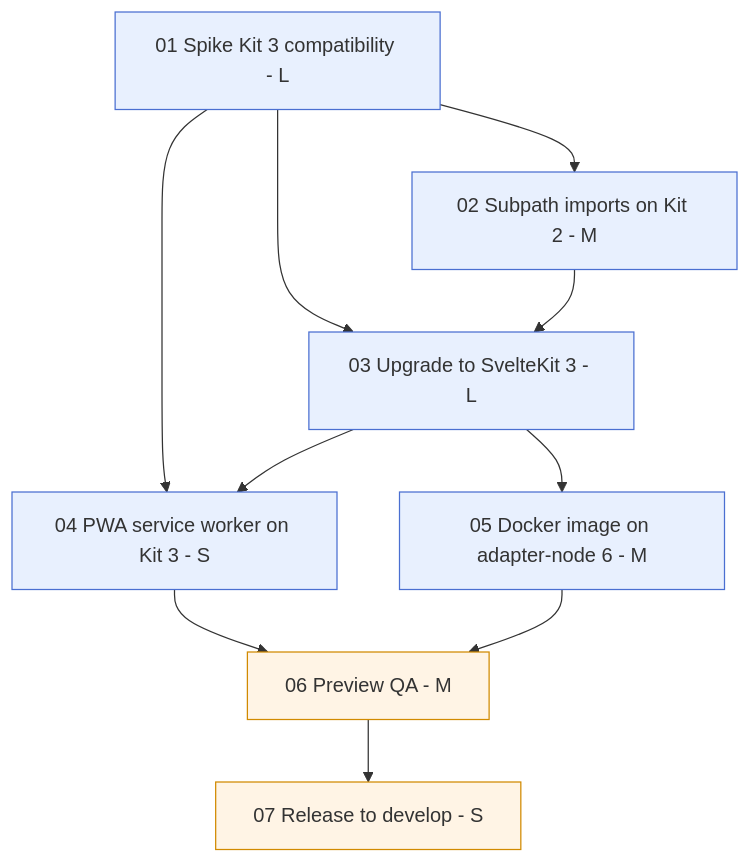
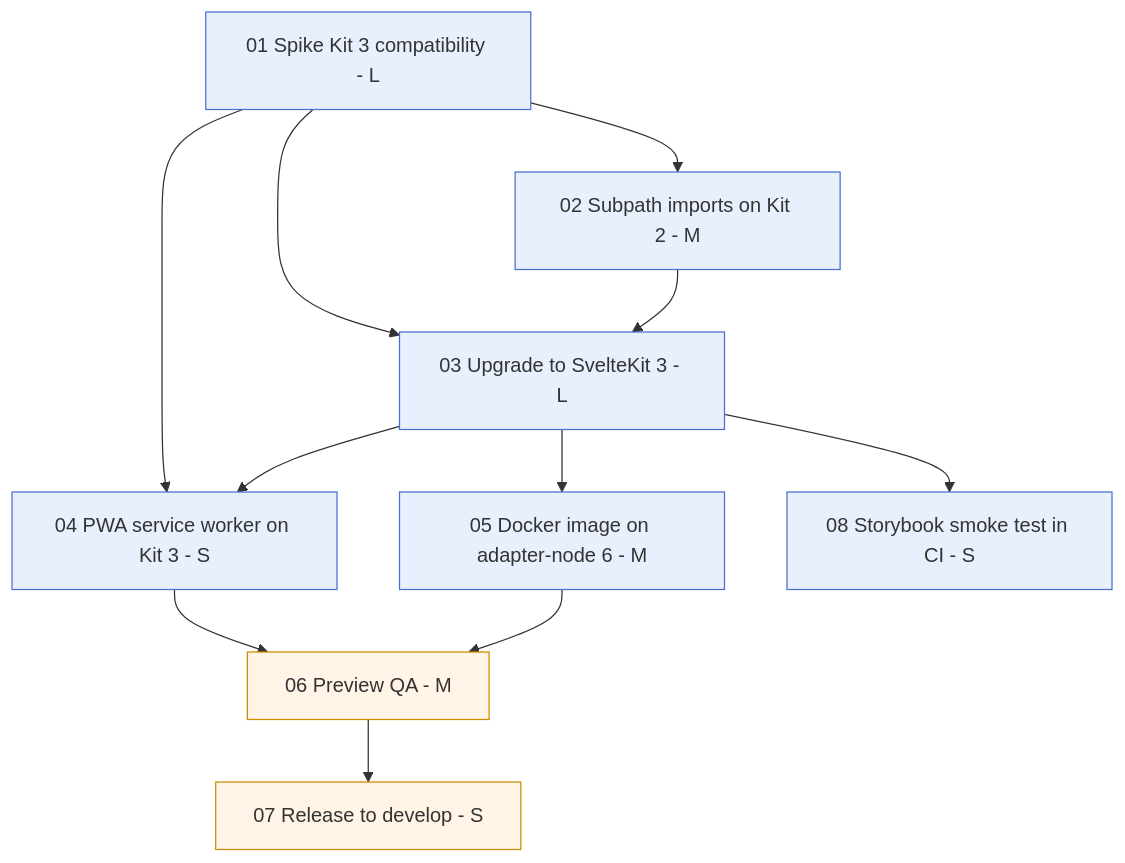
Before and after one commit to Robin-w151/orfarchiv: the diagram in .tasks/0003-sveltekit-3-migration/README.md, drawn with Mermaid. The commit also changed other lines of this file and 4 other files, not shown here.

````diff
--- a/.tasks/0003-sveltekit-3-migration/README.md
+++ b/.tasks/0003-sveltekit-3-migration/README.md
@@ -88,23 +89,25 @@
 ```mermaid
 flowchart TD
   S01["01 Spike Kit 3 compatibility - L"] --> S02["02 Subpath imports on Kit 2 - M"]
   S01 --> S03["03 Upgrade to SvelteKit 3 - L"]
   S02 --> S03
   S01 --> S04["04 PWA service worker on Kit 3 - S"]
   S03 --> S04
   S03 --> S05["05 Docker image on adapter-node 6 - M"]
   S04 --> S06["06 Preview QA - M"]
   S05 --> S06
   S06 --> S07["07 Release to develop - S"]
+  S03 --> S08["08 Storybook smoke test in CI - S"]
   classDef claude fill:#e8f0fe,stroke:#4a6fd1
   classDef human fill:#fff4e5,stroke:#d18a00
-  class S01,S02,S03,S04,S05 claude
+  class S01,S02,S03,S04,S05,S08 claude
   class S06,S07 human
   click S01 "./01-spike-kit3-compatibility.md"
   click S02 "./02-subpath-imports.md"
   click S03 "./03-upgrade-sveltekit-3.md"
   click S04 "./04-pwa-service-worker.md"
   click S05 "./05-docker-adapter-node.md"
   click S06 "./06-preview-qa.md"
   click S07 "./07-release-to-develop.md"
+  click S08 "./08-storybook-smoke-test.md"
 ```
````
